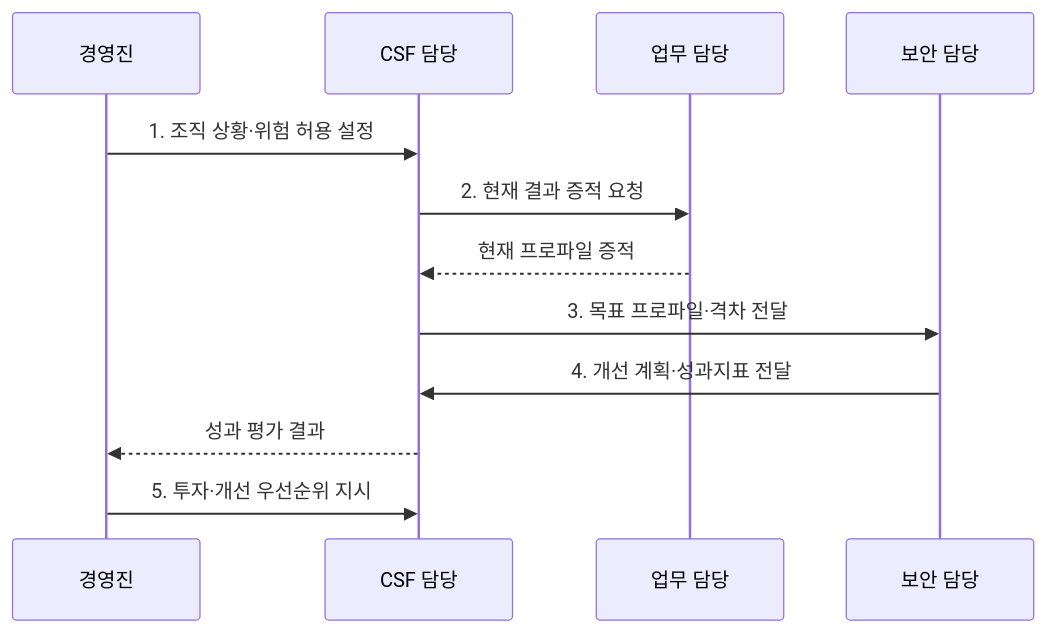
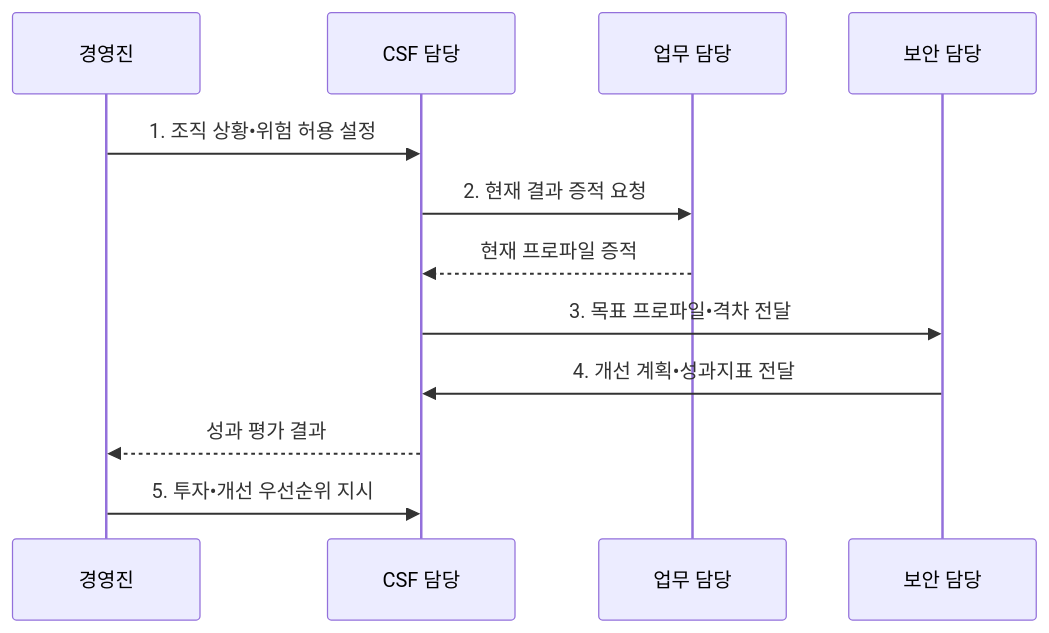
The second of 2 diagrams in src/content/docs/notes/05-security/111_nist_csf.md (agnusdei1207/knowledge-base), drawn with Mermaid before and after one commit. The commit also changed other lines of this file and 953 other files, not shown here.

````diff
--- a/src/content/docs/notes/05-security/111_nist_csf.md
+++ b/src/content/docs/notes/05-security/111_nist_csf.md
@@ -105,14 +105,14 @@
 ```mermaid
 sequenceDiagram
   participant E as 경영진
   participant C as CSF 담당
   participant B as 업무 담당
   participant S as 보안 담당
-  E->>C: 1. 조직 상황·위험 허용 설정
+  E->>C: 1. 조직 상황•위험 허용 설정
   C->>B: 2. 현재 결과 증적 요청
   B-->>C: 현재 프로파일 증적
-  C->>S: 3. 목표 프로파일·격차 전달
-  S->>C: 4. 개선 계획·성과지표 전달
+  C->>S: 3. 목표 프로파일•격차 전달
+  S->>C: 4. 개선 계획•성과지표 전달
   C-->>E: 성과 평가 결과
-  E->>C: 5. 투자·개선 우선순위 지시
+  E->>C: 5. 투자•개선 우선순위 지시
 ```
````
